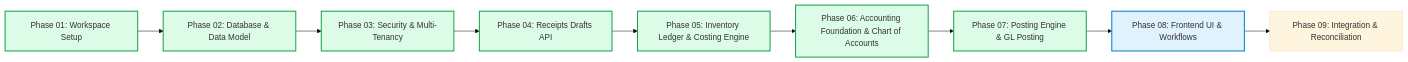
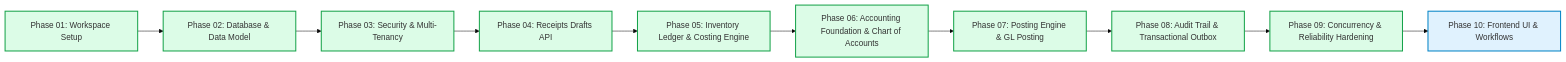
One commit to AhmedAlkasadi2003/project-erp changed the diagram in docs/IMPLEMENTATION_PLAN.md. Above: the diagram before and after it, drawn with Mermaid (base theme). The commit also changed other lines of this file and 29 other files, not shown here.

Commit message:
feat(audit-outbox): implement audit trail, transactional outbox, and concurrency hardening (Phase 08 & 09)

````diff
--- a/docs/IMPLEMENTATION_PLAN.md
+++ b/docs/IMPLEMENTATION_PLAN.md
@@ -9,20 +9,23 @@
 ```mermaid
 flowchart LR
   P1[Phase 01: Workspace Setup] --> P2[Phase 02: Database & Data Model]
   P2 --> P3[Phase 03: Security & Multi-Tenancy]
   P3 --> P4[Phase 04: Receipts Drafts API]
   P4 --> P5[Phase 05: Inventory Ledger & Costing Engine]
   P5 --> P6[Phase 06: Accounting Foundation & Chart of Accounts]
   P6 --> P7[Phase 07: Posting Engine & GL Posting]
-  P7 --> P8[Phase 08: Frontend UI & Workflows]
-  P8 --> P9[Phase 09: Integration & Reconciliation]
+  P7 --> P8[Phase 08: Audit Trail & Transactional Outbox]
+  P8 --> P9[Phase 09: Concurrency & Reliability Hardening]
+  P9 --> P10[Phase 10: Frontend UI & Workflows]
 
   style P1 fill:#dcfce7,stroke:#16a34a,stroke-width:2px
   style P2 fill:#dcfce7,stroke:#16a34a,stroke-width:2px
   style P3 fill:#dcfce7,stroke:#16a34a,stroke-width:2px
   style P4 fill:#dcfce7,stroke:#16a34a,stroke-width:2px
   style P5 fill:#dcfce7,stroke:#16a34a,stroke-width:2px
   style P6 fill:#dcfce7,stroke:#16a34a,stroke-width:2px
   style P7 fill:#dcfce7,stroke:#16a34a,stroke-width:2px
-  style P8 fill:#e0f2fe,stroke:#0284c7,stroke-width:2px
+  style P8 fill:#dcfce7,stroke:#16a34a,stroke-width:2px
+  style P9 fill:#dcfce7,stroke:#16a34a,stroke-width:2px
+  style P10 fill:#e0f2fe,stroke:#0284c7,stroke-width:2px
 ```
````
